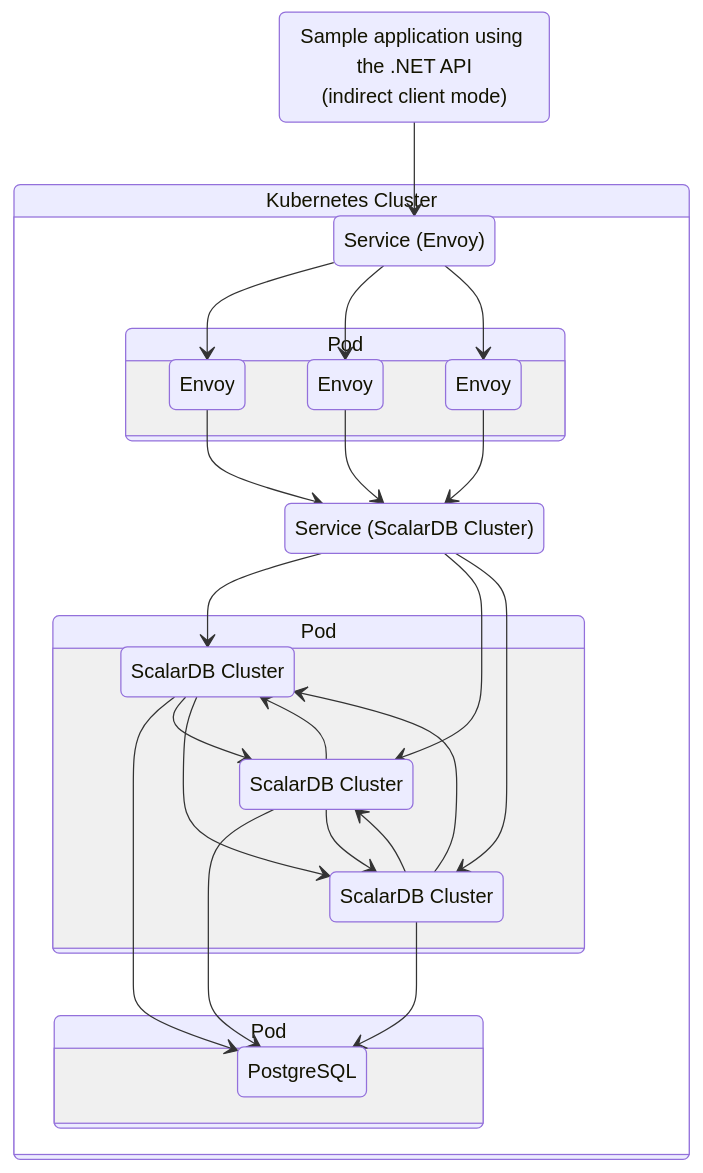
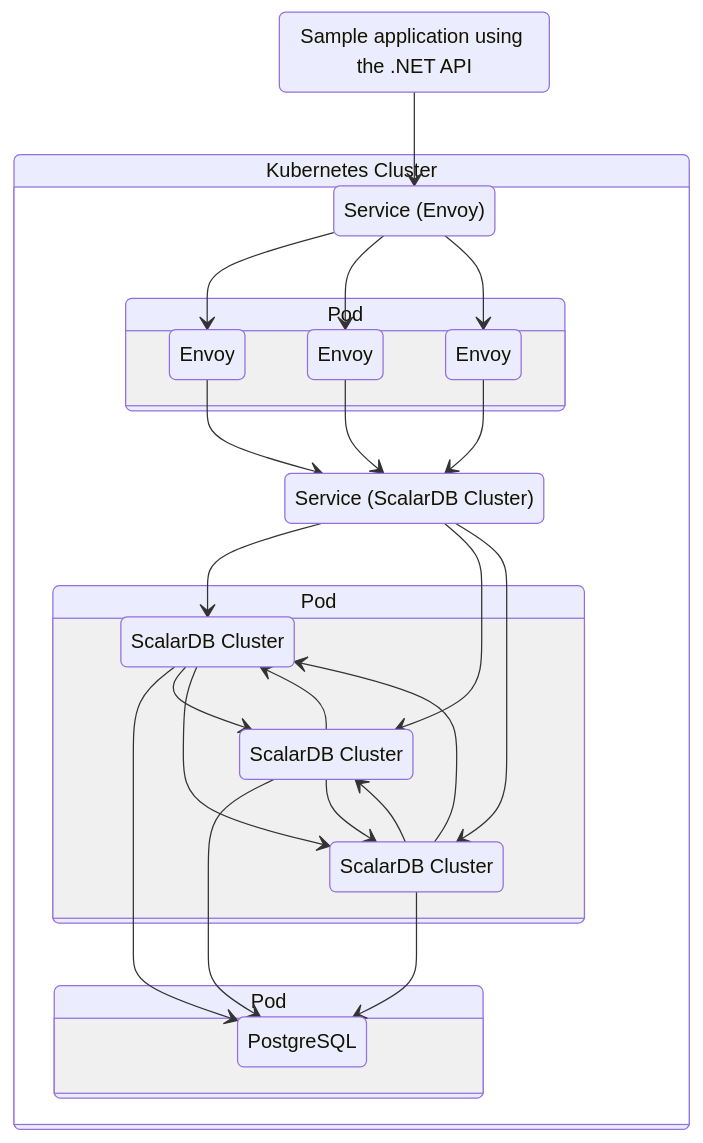
Before and after one commit to scalar-labs/docs-scalardb: the diagram in docs/scalardb-cluster/getting-started-with-scalardb-cluster-dotnet.mdx, drawn with Mermaid. The commit also changed other lines of this file, not shown here.

````diff
--- a/docs/scalardb-cluster/getting-started-with-scalardb-cluster-dotnet.mdx
+++ b/docs/scalardb-cluster/getting-started-with-scalardb-cluster-dotnet.mdx
@@ -24,45 +24,45 @@
 ```mermaid
 stateDiagram-v2
-  state "Sample application using the .NET API<br/>(indirect client mode)" as SA
+  state "Sample application using the .NET API" as SA
   state "Kubernetes Cluster" as KC
   state "Service (Envoy)" as SE
   state "Pod" as P1
   state "Pod" as P2
   state "Pod" as P3
   state "Envoy" as E1
   state "Envoy" as E2
   state "Envoy" as E3
   state "Service (ScalarDB Cluster)" as SSC
   state "ScalarDB Cluster" as SC1
   state "ScalarDB Cluster" as SC2
   state "ScalarDB Cluster" as SC3
   state "PostgreSQL" as PSQL
   SA --> SE
   state KC {
     SE --> E1
     SE --> E2
     SE --> E3
     state P1 {
       E1 --> SSC
       E2 --> SSC
       E3 --> SSC
     }
       SSC --> SC1
       SSC --> SC2
       SSC --> SC3
     state P2 {
       SC1 --> PSQL
       SC1 --> SC2
       SC1 --> SC3
       SC2 --> PSQL
       SC2 --> SC1
       SC2 --> SC3
       SC3 --> PSQL
       SC3 --> SC1
       SC3 --> SC2
     }
     state P3 {
       PSQL
     }
   }
 ```
````
